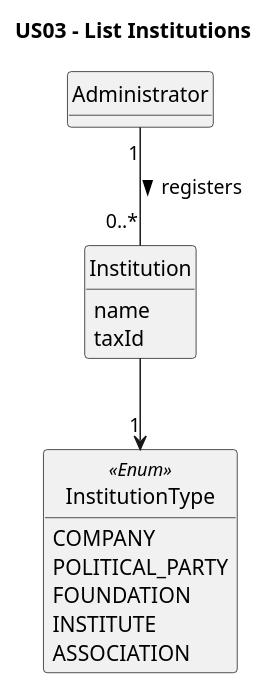
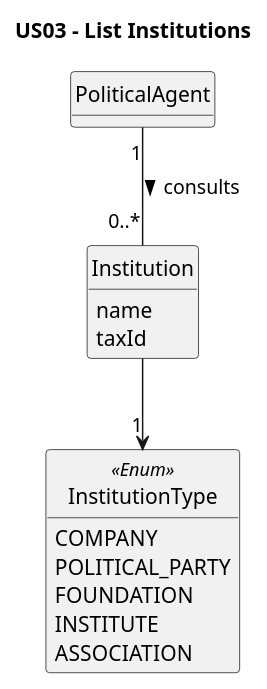
Before and after one commit to Departamento-de-Engenharia-Informatica/sem2-pi-25-26-g096-repo: the diagram in docs/system-documentation/US03/02.analysis/puml/US03-DM.puml, drawn with PlantUML. The commit also changed 2 other files, not shown here.

```diff
--- a/docs/system-documentation/US03/02.analysis/puml/US03-DM.puml
+++ b/docs/system-documentation/US03/02.analysis/puml/US03-DM.puml
@@ -1,29 +1,29 @@
 @startuml
 title US03 - List Institutions
 skinparam monochrome true
 skinparam packageStyle rectangle
 skinparam shadowing false
 skinparam classAttributeIconSize 0
 hide circle
 hide methods
+
+class PoliticalAgent {
+}
 
 class Institution {
     name
     taxId
 }
 
 enum InstitutionType << Enum >> {
   COMPANY
   POLITICAL_PARTY
   FOUNDATION
   INSTITUTE
   ASSOCIATION
 }
 
-class Administrator {
-}
-
-Administrator "1" -- "0..*" Institution : registers >
+PoliticalAgent "1" -- "0..*" Institution : consults >
 Institution --> "1" InstitutionType
 
 @enduml
```
